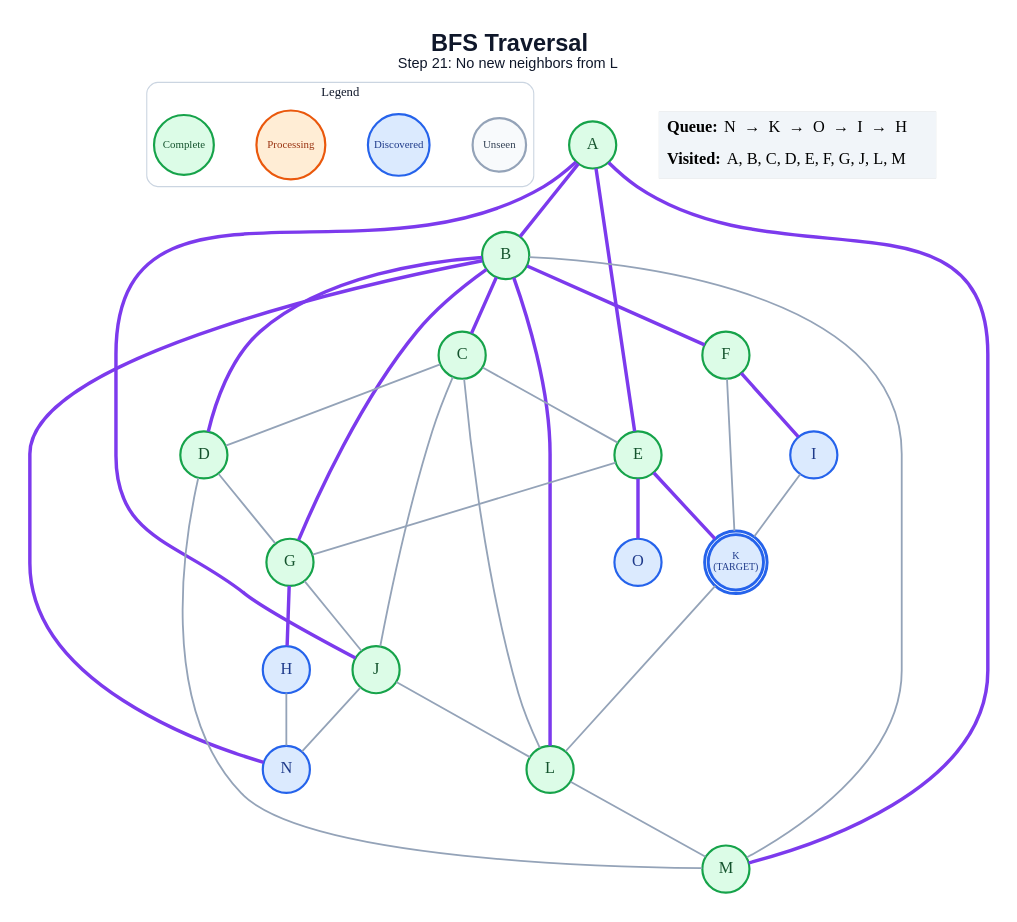
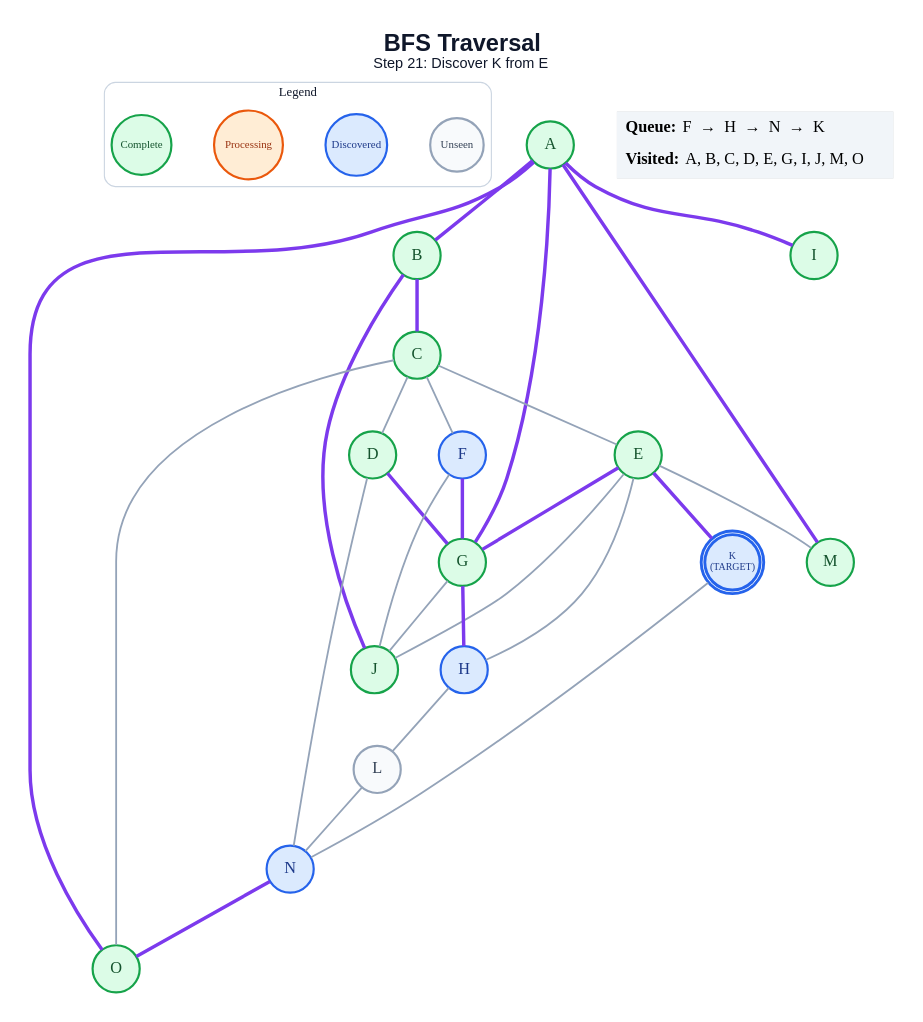
The diagram in generated/bfs/step_21.dot (anon7238593-create/ai-slop), drawn with Graphviz before and after one commit. The commit also changed 252 other files, not shown here.

```diff
--- a/generated/bfs/step_21.dot
+++ b/generated/bfs/step_21.dot
@@ -1,64 +1,60 @@
 graph traversal {
   graph [layout=dot, rankdir=TB, bgcolor="#FFFFFF", pad="0.35", nodesep="0.65", ranksep="0.8", fontname="Arial"];
   node [shape=circle, style="filled", fontname="Arial Bold", fontsize=18, width=0.72, fixedsize=true, penwidth=2.4];
   edge [color="#94A3B8", penwidth=2.0];
-  label=<<B>BFS Traversal</B><BR/><FONT POINT-SIZE="16">Step 21: No new neighbors from L</FONT>>; labelloc="t"; fontsize=26; fontname="Arial"; fontcolor="#0F172A";
+  label=<<B>BFS Traversal</B><BR/><FONT POINT-SIZE="16">Step 21: Discover K from E</FONT>>; labelloc="t"; fontsize=26; fontname="Arial"; fontcolor="#0F172A";
   subgraph cluster_legend { label="Legend"; color="#CBD5E1"; penwidth=1.2; style="rounded"; fontsize=14; fontname="Arial Bold";
     key_unseen [label="Unseen", fillcolor="#F8FAFC", color="#94A3B8", fontcolor="#334155", fontsize=12, width=0.82];
     key_frontier [label="Discovered", fillcolor="#DBEAFE", color="#2563EB", fontcolor="#1E3A8A", fontsize=12, width=0.95];
     key_current [label="Processing", fillcolor="#FFEDD5", color="#EA580C", fontcolor="#9A3412", fontsize=12, width=1.05];
     key_done [label="Complete", fillcolor="#DCFCE7", color="#16A34A", fontcolor="#14532D", fontsize=12, width=0.92];
     { rank=same; key_unseen; key_frontier; key_current; key_done; }
   }
   A [label="A", fillcolor="#DCFCE7", color="#16A34A", fontcolor="#14532D", peripheries=1, penwidth=2.4];
   B [label="B", fillcolor="#DCFCE7", color="#16A34A", fontcolor="#14532D", peripheries=1, penwidth=2.4];
   C [label="C", fillcolor="#DCFCE7", color="#16A34A", fontcolor="#14532D", peripheries=1, penwidth=2.4];
   D [label="D", fillcolor="#DCFCE7", color="#16A34A", fontcolor="#14532D", peripheries=1, penwidth=2.4];
   E [label="E", fillcolor="#DCFCE7", color="#16A34A", fontcolor="#14532D", peripheries=1, penwidth=2.4];
-  F [label="F", fillcolor="#DCFCE7", color="#16A34A", fontcolor="#14532D", peripheries=1, penwidth=2.4];
+  F [label="F", fillcolor="#DBEAFE", color="#2563EB", fontcolor="#1E3A8A", peripheries=1, penwidth=2.4];
   G [label="G", fillcolor="#DCFCE7", color="#16A34A", fontcolor="#14532D", peripheries=1, penwidth=2.4];
   H [label="H", fillcolor="#DBEAFE", color="#2563EB", fontcolor="#1E3A8A", peripheries=1, penwidth=2.4];
-  I [label="I", fillcolor="#DBEAFE", color="#2563EB", fontcolor="#1E3A8A", peripheries=1, penwidth=2.4];
+  I [label="I", fillcolor="#DCFCE7", color="#16A34A", fontcolor="#14532D", peripheries=1, penwidth=2.4];
   J [label="J", fillcolor="#DCFCE7", color="#16A34A", fontcolor="#14532D", peripheries=1, penwidth=2.4];
   K [label="K\n(TARGET)", fillcolor="#DBEAFE", color="#2563EB", fontcolor="#1E3A8A", peripheries=2, penwidth=3.2, fontsize=11, width=0.85, height=0.85];
-  L [label="L", fillcolor="#DCFCE7", color="#16A34A", fontcolor="#14532D", peripheries=1, penwidth=2.4];
+  L [label="L", fillcolor="#F8FAFC", color="#94A3B8", fontcolor="#334155", peripheries=1, penwidth=2.4];
   M [label="M", fillcolor="#DCFCE7", color="#16A34A", fontcolor="#14532D", peripheries=1, penwidth=2.4];
   N [label="N", fillcolor="#DBEAFE", color="#2563EB", fontcolor="#1E3A8A", peripheries=1, penwidth=2.4];
-  O [label="O", fillcolor="#DBEAFE", color="#2563EB", fontcolor="#1E3A8A", peripheries=1, penwidth=2.4];
+  O [label="O", fillcolor="#DCFCE7", color="#16A34A", fontcolor="#14532D", peripheries=1, penwidth=2.4];
   A -- B [color="#7C3AED", penwidth=3.8];
-  A -- E [color="#7C3AED", penwidth=3.8];
-  A -- J [color="#7C3AED", penwidth=3.8];
+  A -- G [color="#7C3AED", penwidth=3.8];
+  A -- I [color="#7C3AED", penwidth=3.8];
   A -- M [color="#7C3AED", penwidth=3.8];
+  A -- O [color="#7C3AED", penwidth=3.8];
   B -- C [color="#7C3AED", penwidth=3.8];
-  B -- D [color="#7C3AED", penwidth=3.8];
-  B -- F [color="#7C3AED", penwidth=3.8];
-  B -- G [color="#7C3AED", penwidth=3.8];
-  B -- L [color="#7C3AED", penwidth=3.8];
-  B -- M;
-  B -- N [color="#7C3AED", penwidth=3.8];
+  B -- J [color="#7C3AED", penwidth=3.8];
   C -- D;
   C -- E;
-  C -- J;
-  C -- L;
-  D -- G;
-  D -- M;
-  E -- G;
+  C -- F;
+  C -- O;
+  D -- G [color="#7C3AED", penwidth=3.8];
+  D -- N;
+  E -- G [color="#7C3AED", penwidth=3.8];
+  E -- H;
+  E -- J;
   E -- K [color="#7C3AED", penwidth=3.8];
-  E -- O [color="#7C3AED", penwidth=3.8];
-  F -- I [color="#7C3AED", penwidth=3.8];
-  F -- K;
+  E -- M;
+  F -- G [color="#7C3AED", penwidth=3.8];
+  F -- J;
   G -- H [color="#7C3AED", penwidth=3.8];
   G -- J;
-  H -- N;
-  I -- K;
-  J -- L;
-  J -- N;
-  K -- L;
-  L -- M;
+  H -- L;
+  K -- N;
+  L -- N;
+  N -- O [color="#7C3AED", penwidth=3.8];
   status [shape=plain, fixedsize=false, width=0, height=0, margin=0, label=<
     <TABLE BORDER="0" CELLBORDER="0" CELLPADDING="7" BGCOLOR="#F1F5F9">
-      <TR><TD ALIGN="LEFT"><B>Queue:</B> N  →  K  →  O  →  I  →  H</TD></TR>
-      <TR><TD ALIGN="LEFT"><B>Visited:</B> A, B, C, D, E, F, G, J, L, M</TD></TR>
+      <TR><TD ALIGN="LEFT"><B>Queue:</B> F  →  H  →  N  →  K</TD></TR>
+      <TR><TD ALIGN="LEFT"><B>Visited:</B> A, B, C, D, E, G, I, J, M, O</TD></TR>
     </TABLE>
   >];
 }
```
